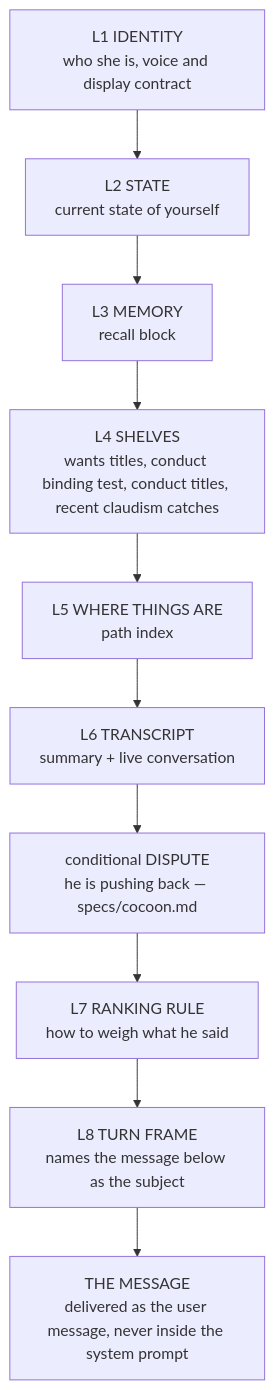
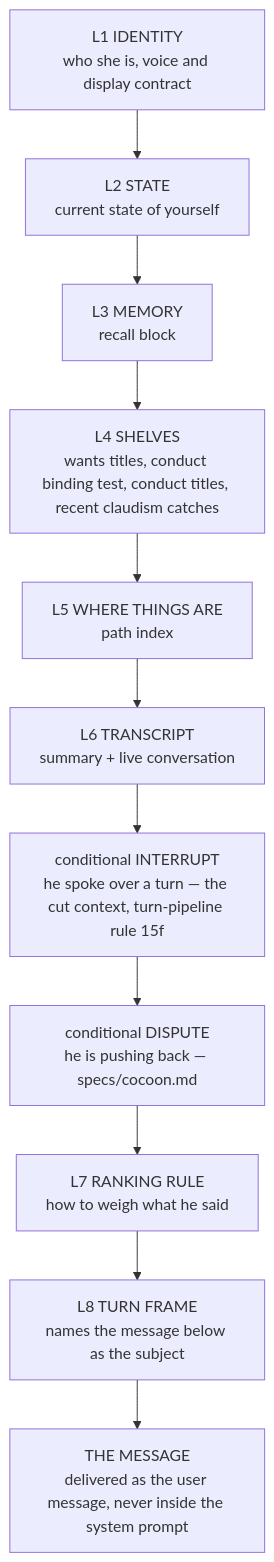
One commit to TheDiscordian/deskcrab changed the diagram in specs/prompt-assembly.md. Above: the diagram before and after it, drawn with Mermaid. The commit also changed other lines of this file and 6 other files, not shown here.

````diff
--- a/specs/prompt-assembly.md
+++ b/specs/prompt-assembly.md
@@ -44,14 +44,15 @@
 ```mermaid
 flowchart TD
   L1["L1 IDENTITY<br/>who she is, voice and display contract"]
   L2["L2 STATE<br/>current state of yourself"]
   L3["L3 MEMORY<br/>recall block"]
   L4["L4 SHELVES<br/>wants titles, conduct binding test, conduct titles, recent claudism catches"]
   L5["L5 WHERE THINGS ARE<br/>path index"]
   L6["L6 TRANSCRIPT<br/>summary + live conversation"]
+  INT["conditional INTERRUPT<br/>he spoke over a turn — the cut context, turn-pipeline rule 15f"]
   DSP["conditional DISPUTE<br/>he is pushing back — specs/cocoon.md"]
   L7["L7 RANKING RULE<br/>how to weigh what he said"]
   L8["L8 TURN FRAME<br/>names the message below as the subject"]
   MSG["THE MESSAGE<br/>delivered as the user message, never inside the system prompt"]
-  L1 --> L2 --> L3 --> L4 --> L5 --> L6 --> DSP --> L7 --> L8 --> MSG
+  L1 --> L2 --> L3 --> L4 --> L5 --> L6 --> INT --> DSP --> L7 --> L8 --> MSG
 ```
````
